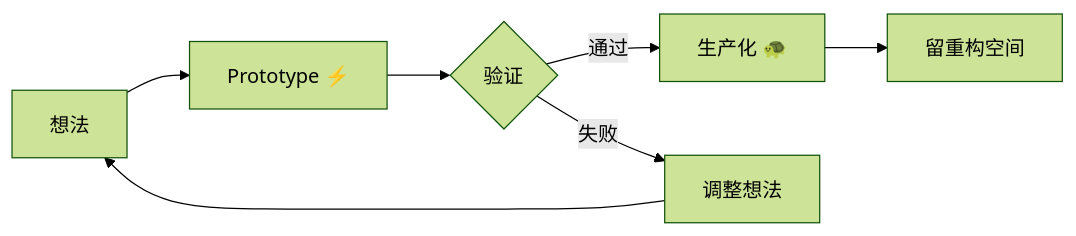
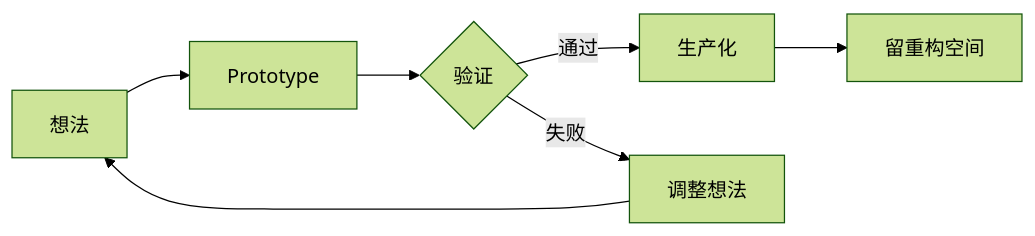
Before and after one commit to Wh1isper/wh1isper.github.io: the sixth of 9 diagrams in source/_posts/2026-02-02-AI-Assisted-Development-Consistency.md, drawn with Mermaid (forest theme). The commit also changed other lines of this file, not shown here.

Commit message:
Fix mermaid diagrams

````diff
--- a/source/_posts/2026-02-02-AI-Assisted-Development-Consistency.md
+++ b/source/_posts/2026-02-02-AI-Assisted-Development-Consistency.md
@@ -145,9 +149,9 @@
 ```mermaid
 flowchart LR
-    A[想法] --> B[Prototype ⚡]
+    A[想法] --> B[Prototype]
     B --> C{验证}
-    C -->|通过| D[生产化 🐢]
+    C -->|通过| D[生产化]
     C -->|失败| E[调整想法]
     E --> A
     D --> F[留重构空间]
 ```
````
